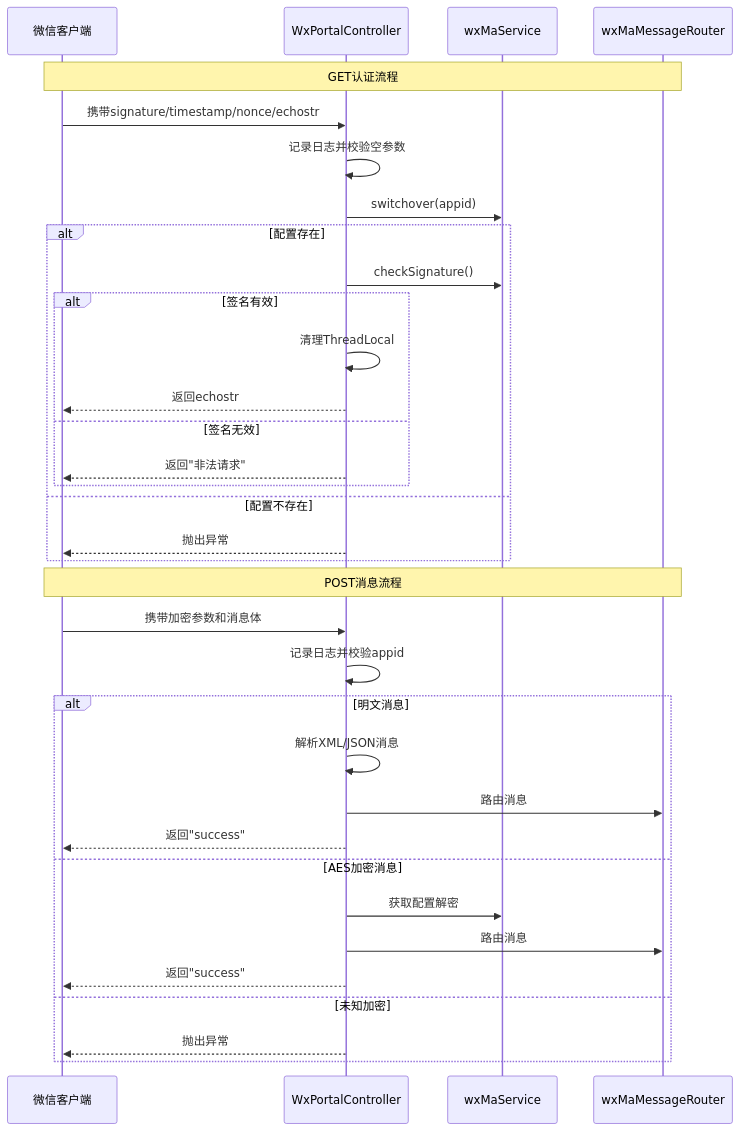
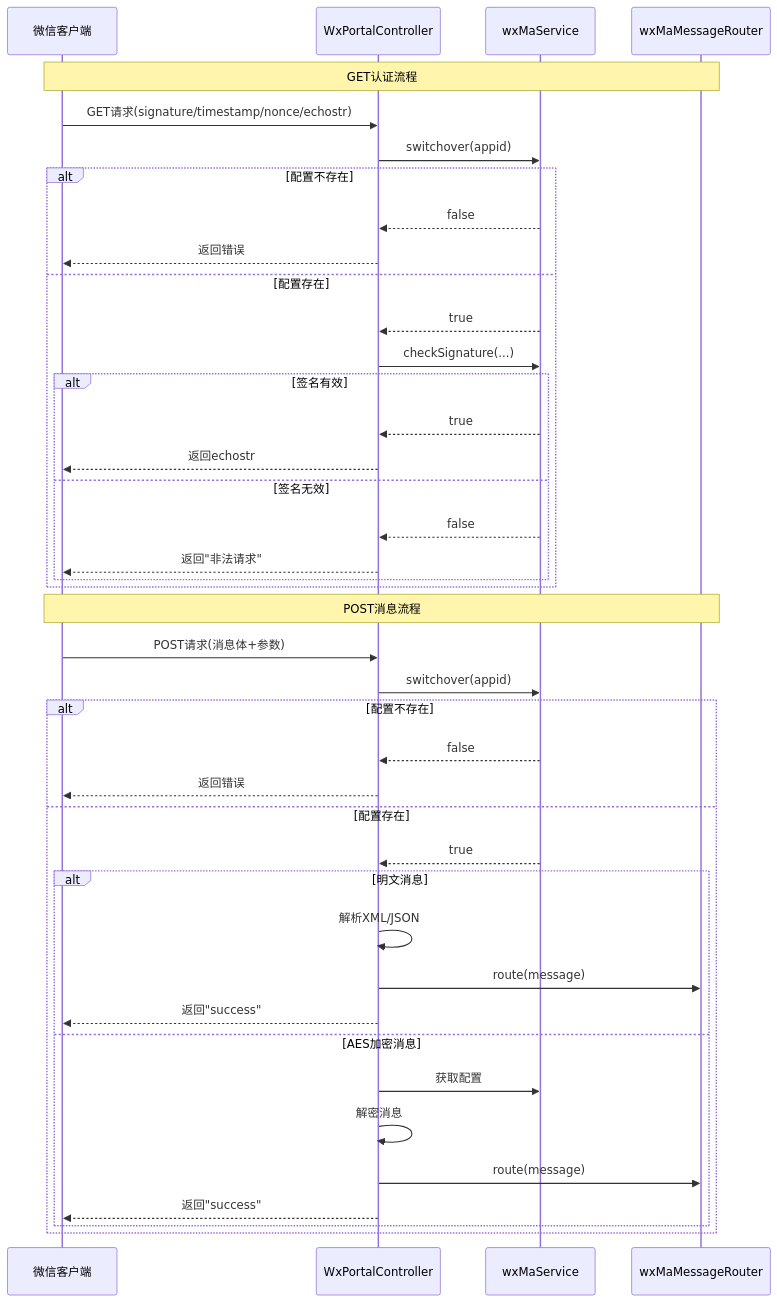
One commit to v-wjrong/rongwj666_weixin-java-miniapp-demo changed the third of 3 diagrams in docs/zh/docs/src/main/java/com/github/binarywang/demo/wx/miniapp/controller/WxPortalController.md. Above: the diagram before and after it, drawn with Mermaid. The commit also changed other lines of this file and 42 other files, not shown here.

````diff
--- a/docs/zh/docs/src/main/java/com/github/binarywang/demo/wx/miniapp/controller/WxPortalController.md
+++ b/docs/zh/docs/src/main/java/com/github/binarywang/demo/wx/miniapp/controller/WxPortalController.md
@@ -111,38 +128,45 @@
 ```mermaid
 sequenceDiagram
     participant Client as 微信客户端
     participant Controller as WxPortalController
     participant Service as wxMaService
     participant Router as wxMaMessageRouter
 
     Note over Client,Router: GET认证流程
-    Client->>Controller: 携带signature/timestamp/nonce/echostr
-    Controller->>Controller: 记录日志并校验空参数
+    Client->>Controller: GET请求(signature/timestamp/nonce/echostr)
     Controller->>Service: switchover(appid)
-    alt 配置存在
-        Controller->>Service: checkSignature()
+    alt 配置不存在
+        Service-->>Controller: false
+        Controller-->>Client: 返回错误
+    else 配置存在
+        Service-->>Controller: true
+        Controller->>Service: checkSignature(...)
         alt 签名有效
-            Controller->>Controller: 清理ThreadLocal
+            Service-->>Controller: true
             Controller-->>Client: 返回echostr
         else 签名无效
+            Service-->>Controller: false
             Controller-->>Client: 返回"非法请求"
         end
-    else 配置不存在
-        Controller-->>Client: 抛出异常
     end
 
     Note over Client,Router: POST消息流程
-    Client->>Controller: 携带加密参数和消息体
-    Controller->>Controller: 记录日志并校验appid
-    alt 明文消息
-        Controller->>Controller: 解析XML/JSON消息
-        Controller->>Router: 路由消息
-        Controller-->>Client: 返回"success"
-    else AES加密消息
-        Controller->>Service: 获取配置解密
-        Controller->>Router: 路由消息
-        Controller-->>Client: 返回"success"
-    else 未知加密
-        Controller-->>Client: 抛出异常
+    Client->>Controller: POST请求(消息体+参数)
+    Controller->>Service: switchover(appid)
+    alt 配置不存在
+        Service-->>Controller: false
+        Controller-->>Client: 返回错误
+    else 配置存在
+        Service-->>Controller: true
+        alt 明文消息
+            Controller->>Controller: 解析XML/JSON
+            Controller->>Router: route(message)
+            Controller-->>Client: 返回"success"
+        else AES加密消息
+            Controller->>Service: 获取配置
+            Controller->>Controller: 解密消息
+            Controller->>Router: route(message)
+            Controller-->>Client: 返回"success"
+        end
     end
 ```
````
